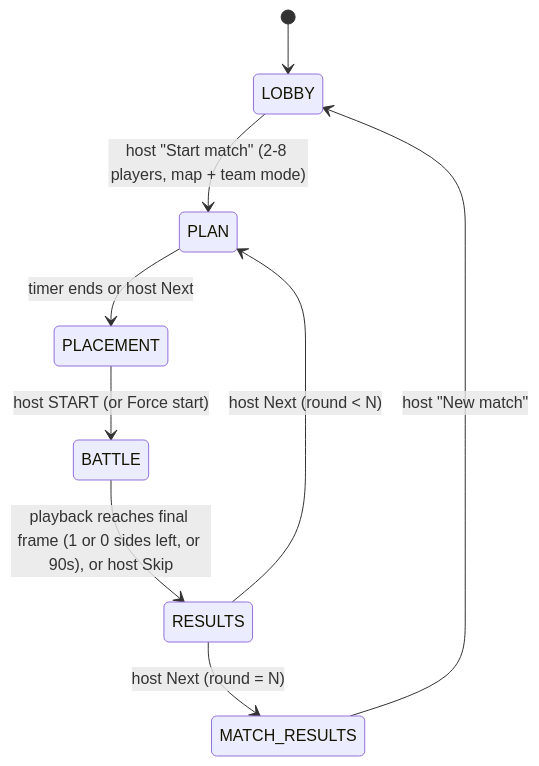
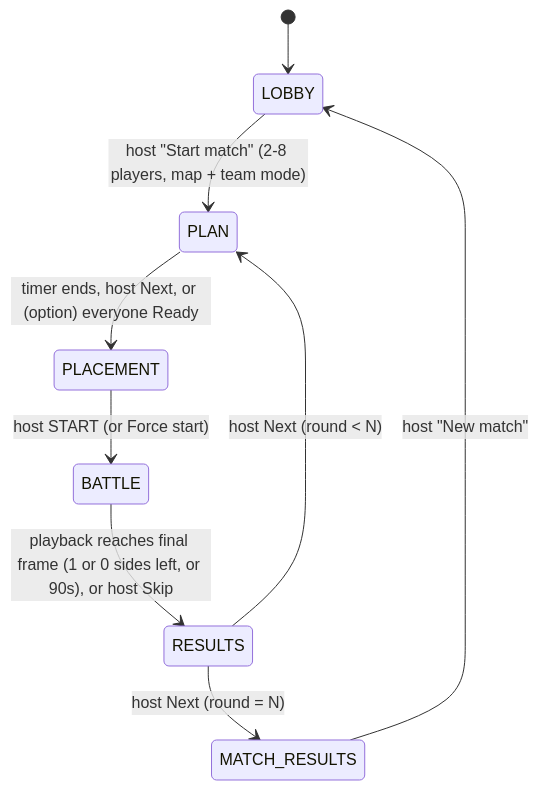
Before and after one commit to redging-very-well/ai-coding-arena: the second of 2 diagrams in plan.md, drawn with Mermaid. The commit also changed other lines of this file and 34 other files, not shown here.

First line of the commit message:
Add a PLAN Ready step and a cancellable countdown to the next phase

````diff
--- a/plan.md
+++ b/plan.md
@@ -92,11 +92,11 @@
 ```mermaid
 stateDiagram-v2
   [*] --> LOBBY
   LOBBY --> PLAN: host "Start match" (2-8 players, map + team mode)
-  PLAN --> PLACEMENT: timer ends or host Next
+  PLAN --> PLACEMENT: timer ends, host Next, or (option) everyone Ready
   PLACEMENT --> BATTLE: host START (or Force start)
   BATTLE --> RESULTS: playback reaches final frame (1 or 0 sides left, or 90s), or host Skip
   RESULTS --> PLAN: host Next (round < N)
   RESULTS --> MATCH_RESULTS: host Next (round = N)
   MATCH_RESULTS --> LOBBY: host "New match"
 ```
````
